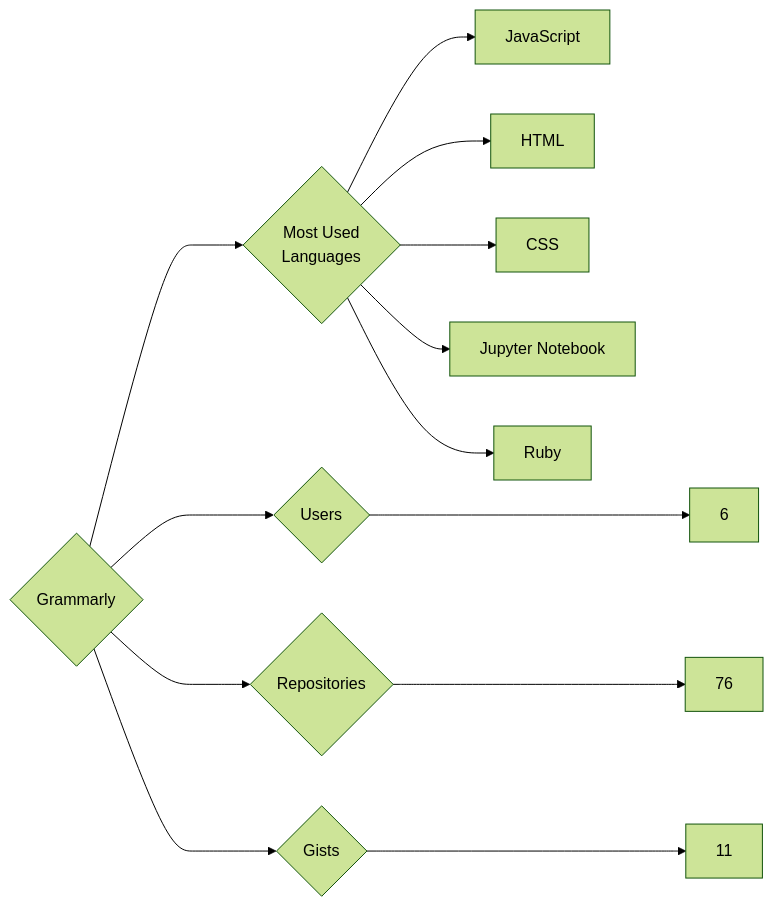
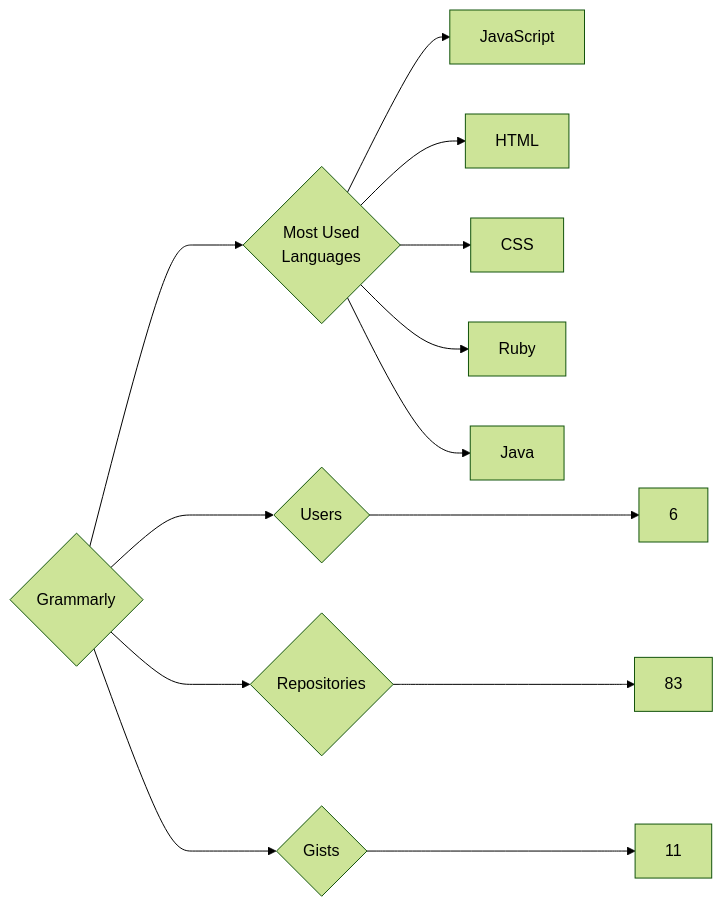
Before and after one commit to trickest/insiders: the diagram in targets/Grammarly/README.md, drawn with Mermaid (forest theme). The commit also changed 985 other files, not shown here.

````diff
--- a/targets/Grammarly/README.md
+++ b/targets/Grammarly/README.md
@@ -3,13 +3,13 @@
 ```mermaid
 graph LR
 COMPANY_NAME{Grammarly}
 COMPANY_NAME ---> U{Users} ---> UN[6]
-COMPANY_NAME ---> R{Repositories} ---> RN[76]
+COMPANY_NAME ---> R{Repositories} ---> RN[83]
 COMPANY_NAME ---> G{Gists} ---> GN[11]
 COMPANY_NAME ---> ML{Most Used<br>Languages}
 ML --> JavaScript[JavaScript]
 ML --> HTML[HTML]
 ML --> CSS[CSS]
-ML --> Jupyter_Notebook[Jupyter Notebook]
 ML --> Ruby[Ruby]
+ML --> Java[Java]
 ```
````
